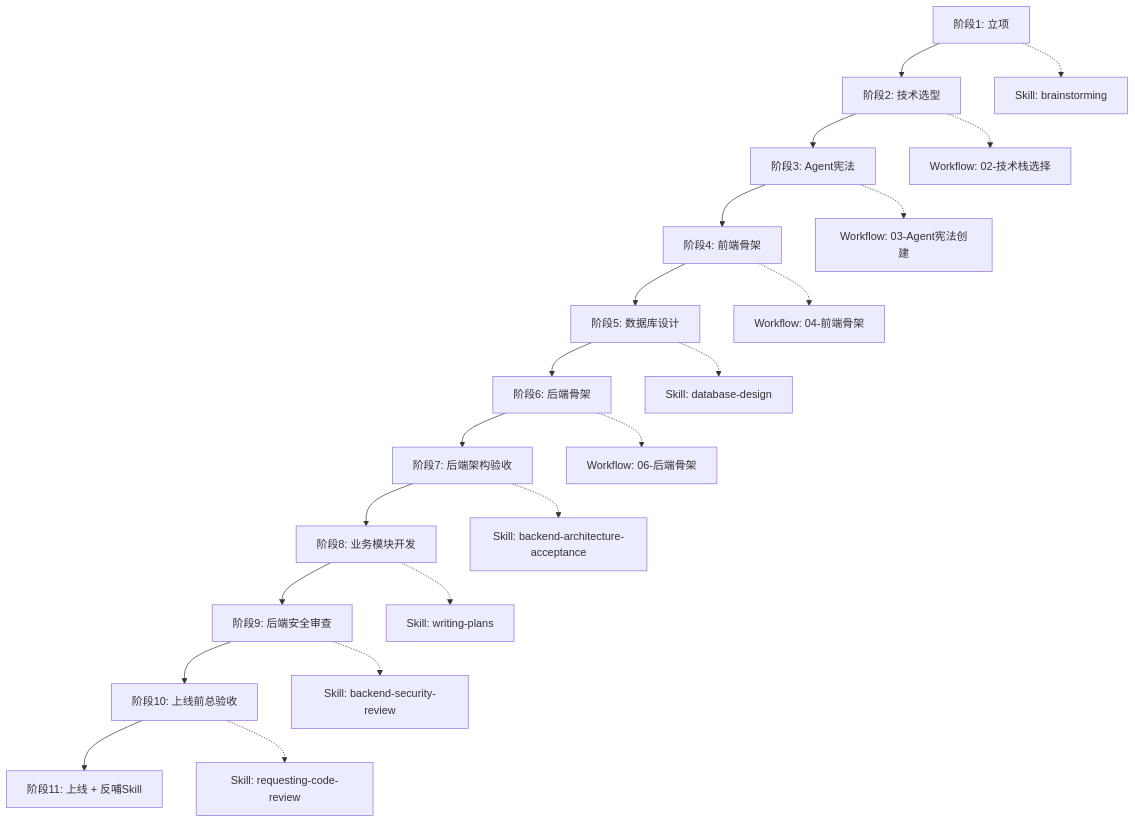
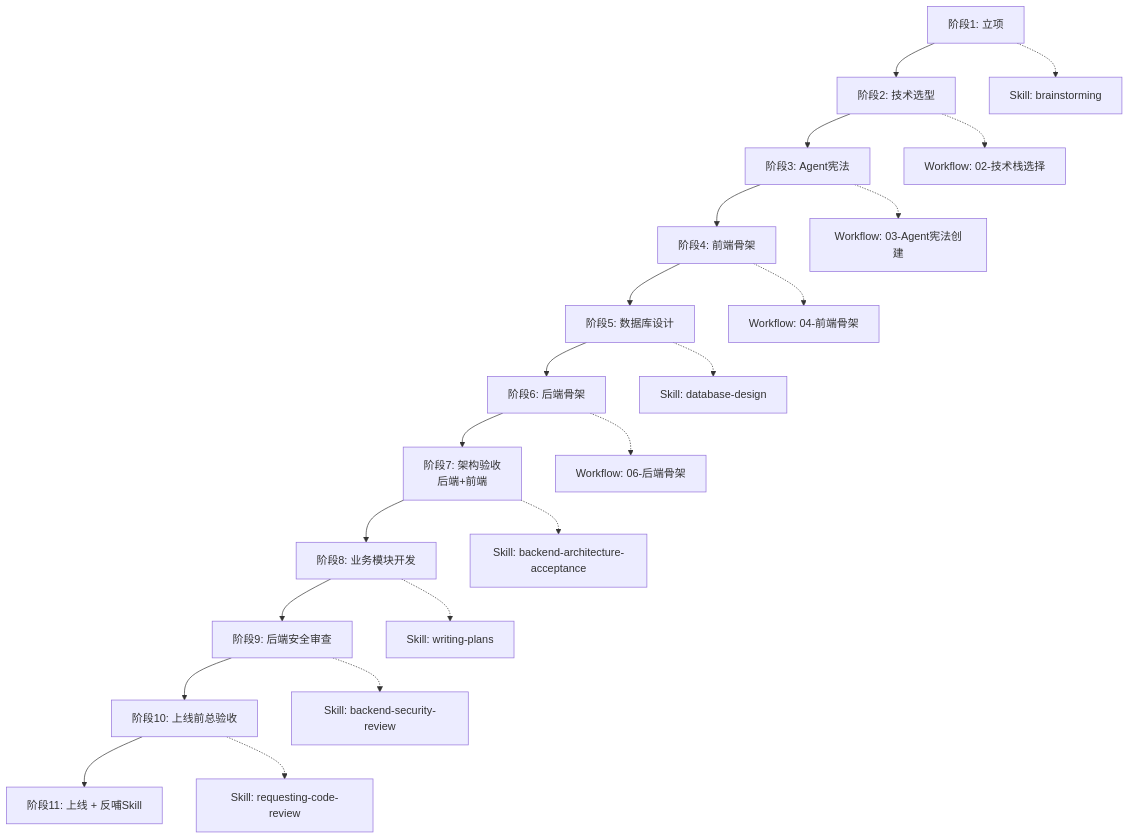
The second of 10 diagrams in docs/项目可视化流程手册.md (GassamFlower/vibe_coding_KnowledgeBase-), drawn with Mermaid before and after one commit. The commit also changed other lines of this file and 5 other files, not shown here.

````diff
--- a/docs/项目可视化流程手册.md
+++ b/docs/项目可视化流程手册.md
@@ -55,24 +55,24 @@
 ```mermaid
 flowchart TD
     A[阶段1: 立项] --> B[阶段2: 技术选型]
     B --> C[阶段3: Agent宪法]
     C --> D[阶段4: 前端骨架]
     D --> E[阶段5: 数据库设计]
     E --> F[阶段6: 后端骨架]
-    F --> G[阶段7: 后端架构验收]
+    F --> G[阶段7: 架构验收<br/>后端+前端]
     G --> H[阶段8: 业务模块开发]
     H --> I[阶段9: 后端安全审查]
     I --> J[阶段10: 上线前总验收]
     J --> K[阶段11: 上线 + 反哺Skill]
 
     A -.-> A1[Skill: brainstorming]
     B -.-> B1[Workflow: 02-技术栈选择]
     C -.-> C1[Workflow: 03-Agent宪法创建]
     D -.-> D1[Workflow: 04-前端骨架]
     E -.-> E1[Skill: database-design]
     F -.-> F1[Workflow: 06-后端骨架]
     G -.-> G1[Skill: backend-architecture-acceptance]
     H -.-> H1[Skill: writing-plans]
     I -.-> I1[Skill: backend-security-review]
     J -.-> J1[Skill: requesting-code-review]
 ```
````
